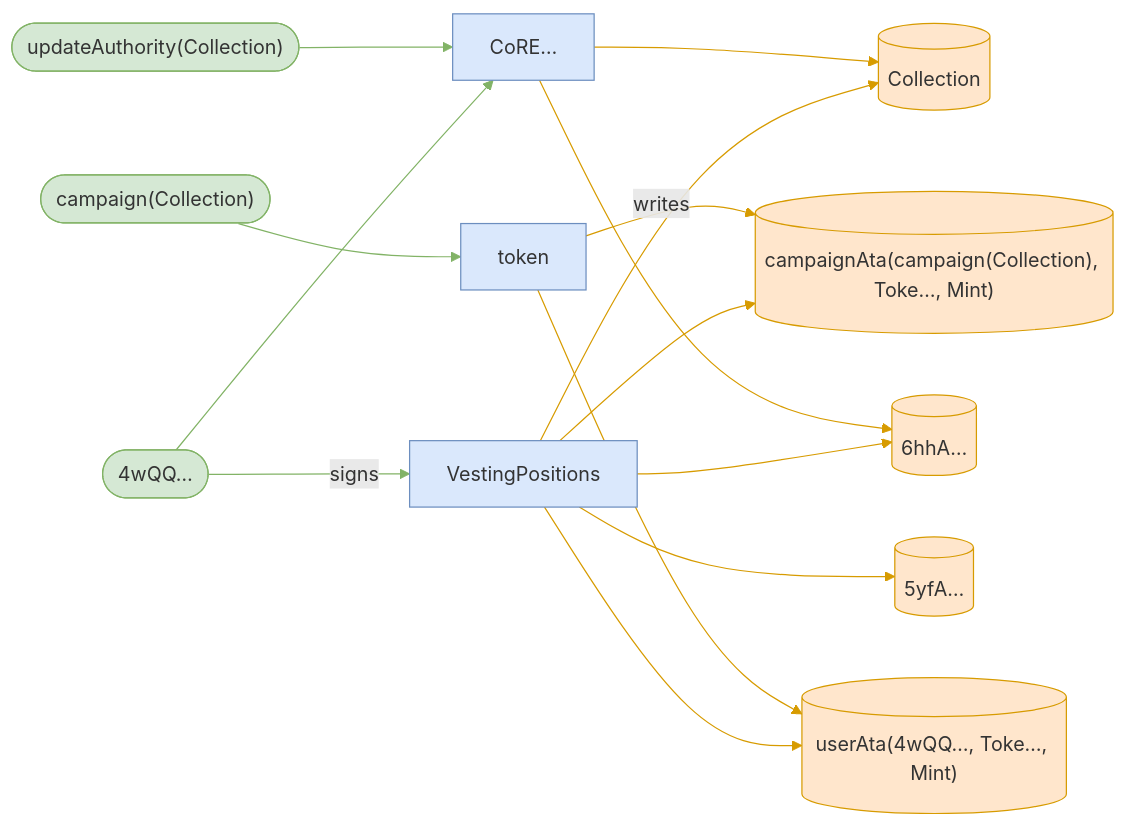
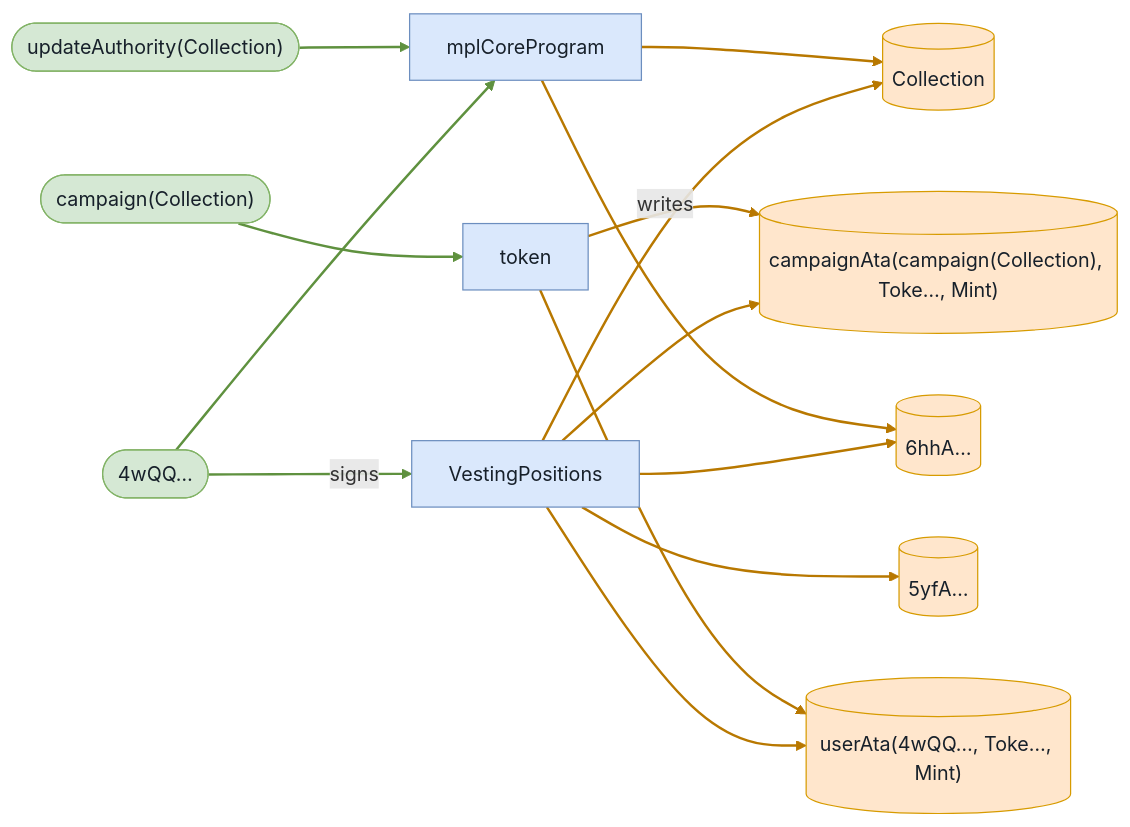
One commit to cds-turbin3/vesting-position changed diagram 14 of 48 in md-reports-babelfish/claims_at_linear_checkpoints.md. Above: the diagram before and after it, drawn with Mermaid. The commit also changed other lines of this file and 106 other files, not shown here.

````diff
--- a/md-reports-babelfish/claims_at_linear_checkpoints.md
+++ b/md-reports-babelfish/claims_at_linear_checkpoints.md
@@ -656,32 +654,32 @@
 ```mermaid
 flowchart LR
     VestingPositions["VestingPositions"]:::program
     n4wQQ(["4wQQ…"]):::signer
     Collection[("Collection")]:::state
     campaignAtacampaignCollectionTokeMint[("campaignAta(campaign(Collection), Toke…, Mint)")]:::state
     userAta4wQQTokeMint[("userAta(4wQQ…, Toke…, Mint)")]:::state
     n6hhA[("6hhA…")]:::state
     n5yfA[("5yfA…")]:::state
-    CoRE["CoRE…"]:::program
+    mplCoreProgram["mplCoreProgram"]:::program
     updateAuthorityCollection(["updateAuthority(Collection)"]):::signer
     token["token"]:::program
     campaignCollection(["campaign(Collection)"]):::signer
     n4wQQ -->|signs| VestingPositions
     VestingPositions -->|writes| Collection
     VestingPositions --> campaignAtacampaignCollectionTokeMint
     VestingPositions --> userAta4wQQTokeMint
     VestingPositions --> n6hhA
     VestingPositions --> n5yfA
-    CoRE --> n6hhA
-    CoRE --> Collection
-    n4wQQ --> CoRE
-    updateAuthorityCollection --> CoRE
+    mplCoreProgram --> n6hhA
+    mplCoreProgram --> Collection
+    n4wQQ --> mplCoreProgram
+    updateAuthorityCollection --> mplCoreProgram
     token --> campaignAtacampaignCollectionTokeMint
     token --> userAta4wQQTokeMint
     campaignCollection --> token
-    classDef program fill:#dae8fc,stroke:#6c8ebf;
-    classDef signer fill:#d5e8d4,stroke:#82b366;
-    classDef state fill:#ffe6cc,stroke:#d79b00;
-    linkStyle 0,8,9,12 stroke:#82b366
-    linkStyle 1,2,3,4,5,6,7,10,11 stroke:#d79b00
+    classDef program fill:#dae8fc,stroke:#6c8ebf,color:#17202a;
+    classDef signer fill:#d5e8d4,stroke:#82b366,color:#17202a;
+    classDef state fill:#ffe6cc,stroke:#d79b00,color:#17202a;
+    linkStyle 0,8,9,12 stroke:#5f913f,stroke-width:2px
+    linkStyle 1,2,3,4,5,6,7,10,11 stroke:#b87800,stroke-width:2px
 ```
````
